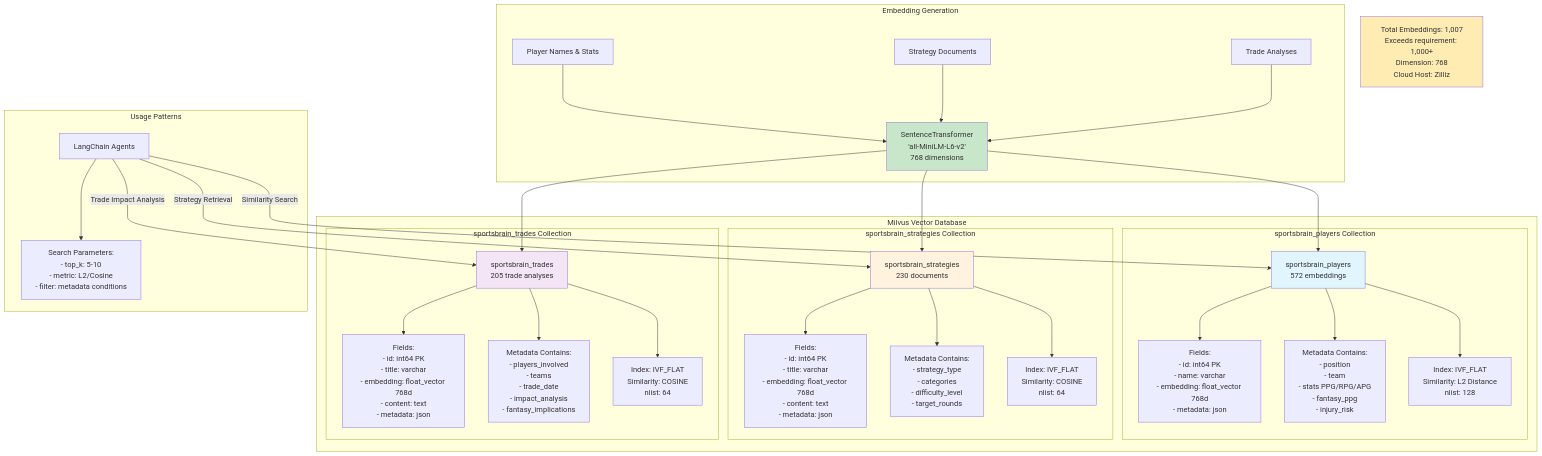
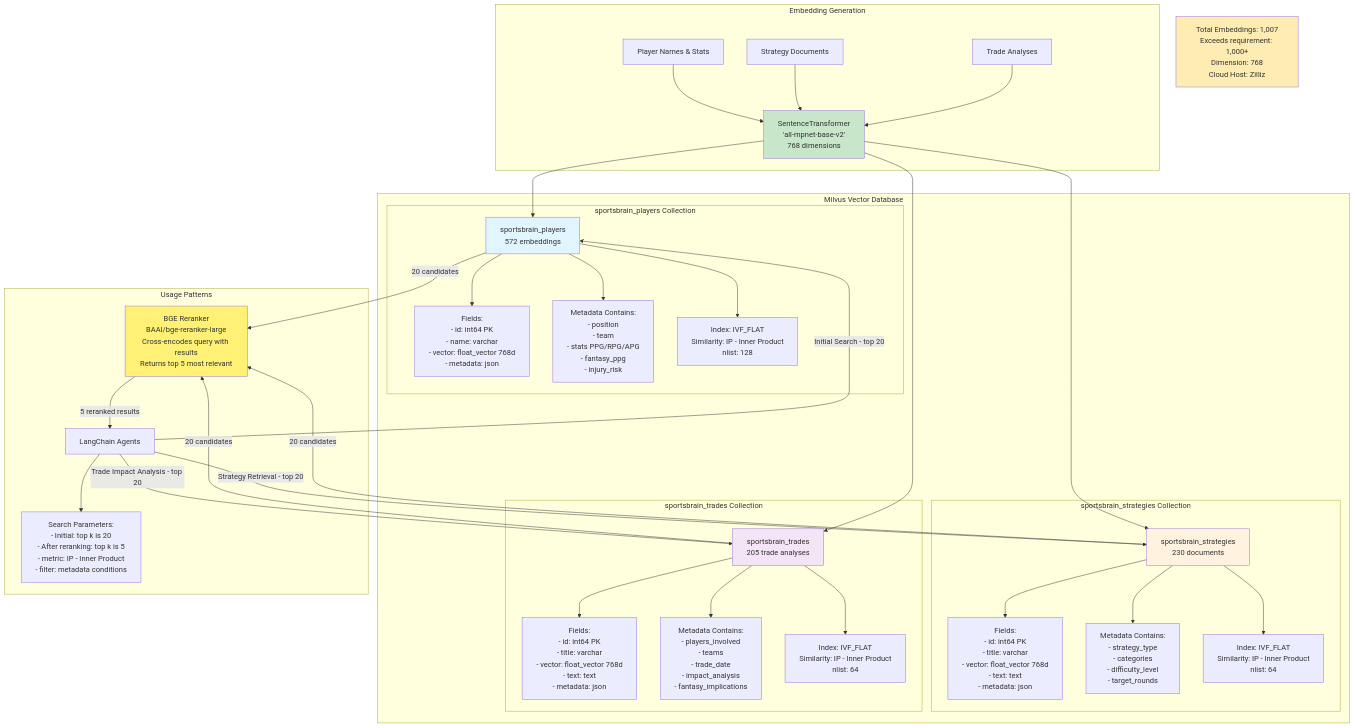
Before and after one commit to jpmajesty2025/sportsbrain: the diagram in project_submission_docs/milvus_collections_model.mermaid, drawn with Mermaid. The commit also changed 8 other files, not shown here.

```diff
--- a/project_submission_docs/milvus_collections_model.mermaid
+++ b/project_submission_docs/milvus_collections_model.mermaid
@@ -1,69 +1,78 @@
 graph TB
     %% Milvus Vector Database Collections - Actually Implemented
     %% SportsBrain Fantasy Basketball Platform
     
     subgraph "Milvus Vector Database"
         subgraph "sportsbrain_players Collection"
             PC[sportsbrain_players<br/>572 embeddings]
-            PC_FIELDS[Fields:<br/>- id: int64 PK<br/>- name: varchar<br/>- embedding: float_vector 768d<br/>- metadata: json]
+            PC_FIELDS[Fields:<br/>- id: int64 PK<br/>- name: varchar<br/>- vector: float_vector 768d<br/>- metadata: json]
             PC_META[Metadata Contains:<br/>- position<br/>- team<br/>- stats PPG/RPG/APG<br/>- fantasy_ppg<br/>- injury_risk]
-            PC_INDEX[Index: IVF_FLAT<br/>Similarity: L2 Distance<br/>nlist: 128]
+            PC_INDEX[Index: IVF_FLAT<br/>Similarity: IP - Inner Product<br/>nlist: 128]
             
             PC --> PC_FIELDS
             PC --> PC_META
             PC --> PC_INDEX
         end
         
         subgraph "sportsbrain_strategies Collection"
             SC[sportsbrain_strategies<br/>230 documents]
-            SC_FIELDS[Fields:<br/>- id: int64 PK<br/>- title: varchar<br/>- embedding: float_vector 768d<br/>- content: text<br/>- metadata: json]
+            SC_FIELDS[Fields:<br/>- id: int64 PK<br/>- title: varchar<br/>- vector: float_vector 768d<br/>- text: text<br/>- metadata: json]
             SC_META[Metadata Contains:<br/>- strategy_type<br/>- categories<br/>- difficulty_level<br/>- target_rounds]
-            SC_INDEX[Index: IVF_FLAT<br/>Similarity: COSINE<br/>nlist: 64]
+            SC_INDEX[Index: IVF_FLAT<br/>Similarity: IP - Inner Product<br/>nlist: 64]
             
             SC --> SC_FIELDS
             SC --> SC_META
             SC --> SC_INDEX
         end
         
         subgraph "sportsbrain_trades Collection"
             TC[sportsbrain_trades<br/>205 trade analyses]
-            TC_FIELDS[Fields:<br/>- id: int64 PK<br/>- title: varchar<br/>- embedding: float_vector 768d<br/>- content: text<br/>- metadata: json]
+            TC_FIELDS[Fields:<br/>- id: int64 PK<br/>- title: varchar<br/>- vector: float_vector 768d<br/>- text: text<br/>- metadata: json]
             TC_META[Metadata Contains:<br/>- players_involved<br/>- teams<br/>- trade_date<br/>- impact_analysis<br/>- fantasy_implications]
-            TC_INDEX[Index: IVF_FLAT<br/>Similarity: COSINE<br/>nlist: 64]
+            TC_INDEX[Index: IVF_FLAT<br/>Similarity: IP - Inner Product<br/>nlist: 64]
             
             TC --> TC_FIELDS
             TC --> TC_META
             TC --> TC_INDEX
         end
     end
     
     subgraph "Embedding Generation"
-        EMBED[SentenceTransformer<br/>'all-MiniLM-L6-v2'<br/>768 dimensions]
+        EMBED[SentenceTransformer<br/>'all-mpnet-base-v2'<br/>768 dimensions]
         
         RAW_PLAYER[Player Names & Stats] --> EMBED
         RAW_STRATEGY[Strategy Documents] --> EMBED
         RAW_TRADE[Trade Analyses] --> EMBED
         
         EMBED --> PC
         EMBED --> SC
         EMBED --> TC
     end
     
     subgraph "Usage Patterns"
-        AGENT[LangChain Agents] --> |Similarity Search| PC
-        AGENT --> |Strategy Retrieval| SC
-        AGENT --> |Trade Impact Analysis| TC
+        AGENT[LangChain Agents] --> |Initial Search - top 20| PC
+        AGENT --> |Strategy Retrieval - top 20| SC
+        AGENT --> |Trade Impact Analysis - top 20| TC
         
-        SEARCH_PARAMS[Search Parameters:<br/>- top_k: 5-10<br/>- metric: L2/Cosine<br/>- filter: metadata conditions]
+        RERANKER[BGE Reranker<br/>BAAI/bge-reranker-large<br/>Cross-encodes query with results<br/>Returns top 5 most relevant]
+        
+        PC --> |20 candidates| RERANKER
+        SC --> |20 candidates| RERANKER
+        TC --> |20 candidates| RERANKER
+        
+        RERANKER --> |5 reranked results| AGENT
+        
+        SEARCH_PARAMS[Search Parameters:<br/>- Initial: top k is 20<br/>- After reranking: top k is 5<br/>- metric: IP - Inner Product<br/>- filter: metadata conditions]
         
         AGENT --> SEARCH_PARAMS
     end
     
     %% Statistics
     NOTE[Total Embeddings: 1,007<br/>Exceeds requirement: 1,000+<br/>Dimension: 768<br/>Cloud Host: Zilliz]
     
     style PC fill:#e1f5fe
     style SC fill:#fff3e0
     style TC fill:#f3e5f5
     style EMBED fill:#c8e6c9
     style NOTE fill:#ffecb3
+    style RERANKER fill:#fff176
```
